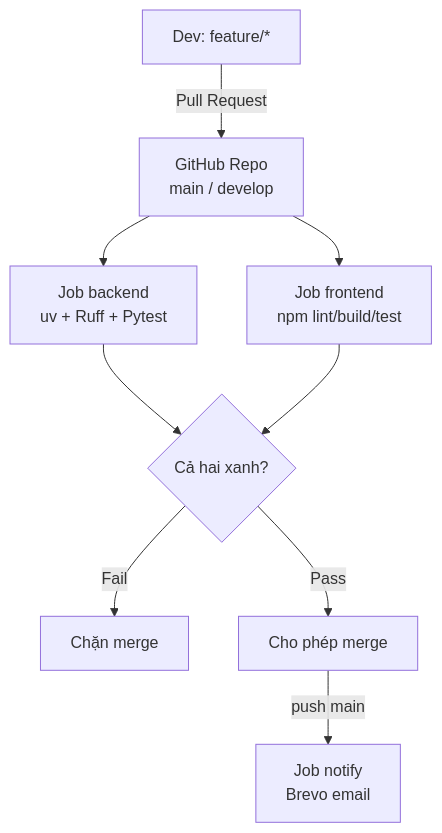
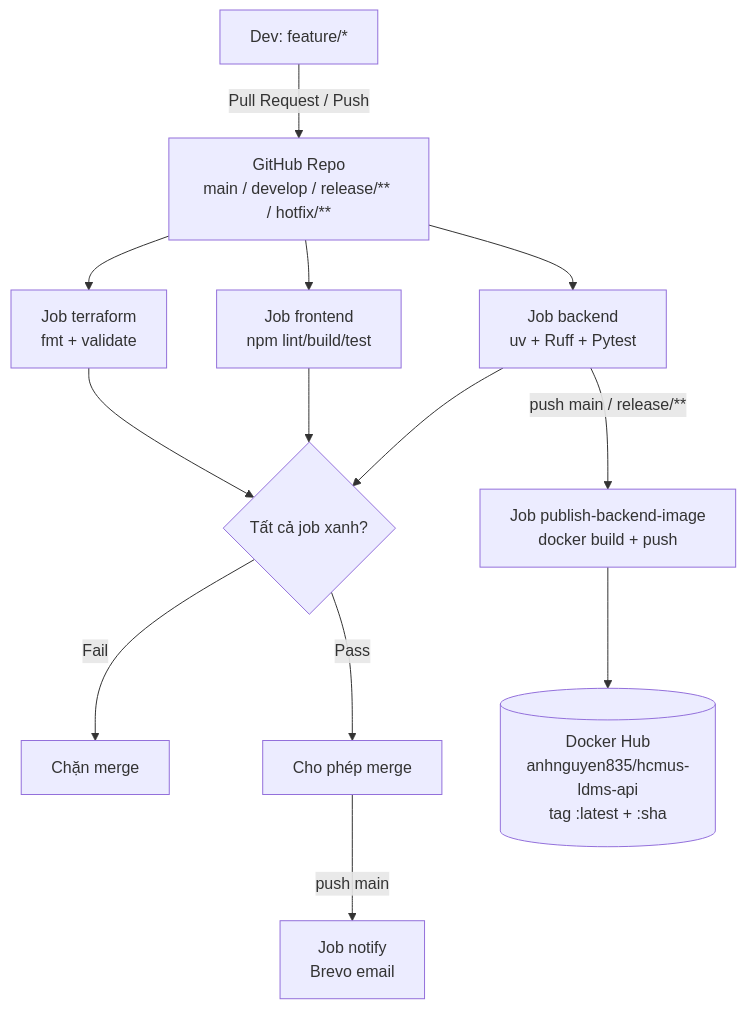
One commit to se-bros/hcmus-projectmanage--lab changed the first of 4 diagrams in final-exam/preparation/5_CICD_DevOps_Testing/README.md. Above: the diagram before and after it, drawn with Mermaid. The commit also changed other lines of this file, not shown here.

````diff
--- a/final-exam/preparation/5_CICD_DevOps_Testing/README.md
+++ b/final-exam/preparation/5_CICD_DevOps_Testing/README.md
@@ -57,11 +57,15 @@
 ```mermaid
 flowchart TD
-    Dev["Dev: feature/*"] -->|Pull Request| GH["GitHub Repo<br/>main / develop"]
+    Dev["Dev: feature/*"] -->|Pull Request / Push| GH["GitHub Repo<br/>main / develop / release/** / hotfix/**"]
     GH --> BE["Job backend<br/>uv + Ruff + Pytest"]
     GH --> FE["Job frontend<br/>npm lint/build/test"]
-    BE --> Gate{Cả hai xanh?}
+    GH --> TF["Job terraform<br/>fmt + validate"]
+    BE --> Gate{Tất cả job xanh?}
     FE --> Gate
+    TF --> Gate
     Gate -->|Fail| Block["Chặn merge"]
     Gate -->|Pass| Merge["Cho phép merge"]
+    BE -->|push main / release/**| Publish["Job publish-backend-image<br/>docker build + push"]
+    Publish --> Hub[("Docker Hub<br/>anhnguyen835/hcmus-ldms-api<br/>tag :latest + :sha")]
     Merge -->|push main| Mail["Job notify<br/>Brevo email"]
 ```
````
